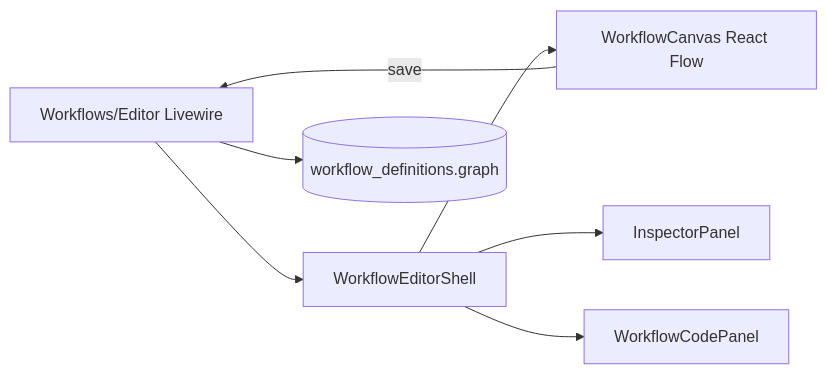
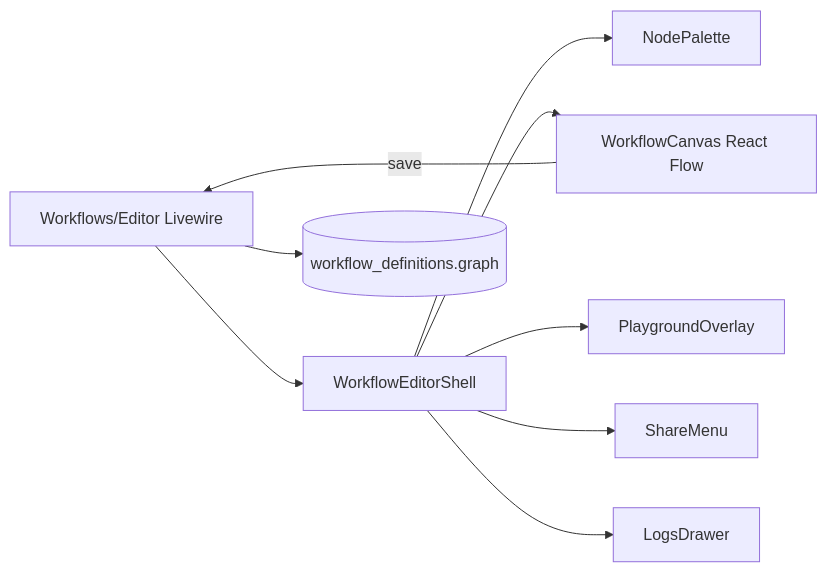
One commit to digitalelvis/neuronai-studio changed the diagram in docs/guides/workflows/canvas-editor.md. Above: the diagram before and after it, drawn with Mermaid. The commit also changed other lines of this file and 26 other files, not shown here.

````diff
--- a/docs/guides/workflows/canvas-editor.md
+++ b/docs/guides/workflows/canvas-editor.md
@@ -34,9 +39,11 @@
 ```mermaid
 flowchart LR
     Livewire[Workflows/Editor Livewire] --> Shell[WorkflowEditorShell]
+    Shell --> Palette[NodePalette]
     Shell --> Canvas[WorkflowCanvas React Flow]
-    Shell --> Inspector[InspectorPanel]
-    Shell --> Code[WorkflowCodePanel]
+    Shell --> Playground[PlaygroundOverlay]
+    Shell --> Share[ShareMenu]
+    Shell --> Logs[LogsDrawer]
     Canvas -->|save| Livewire
     Livewire --> DB[(workflow_definitions.graph)]
 ```
````
